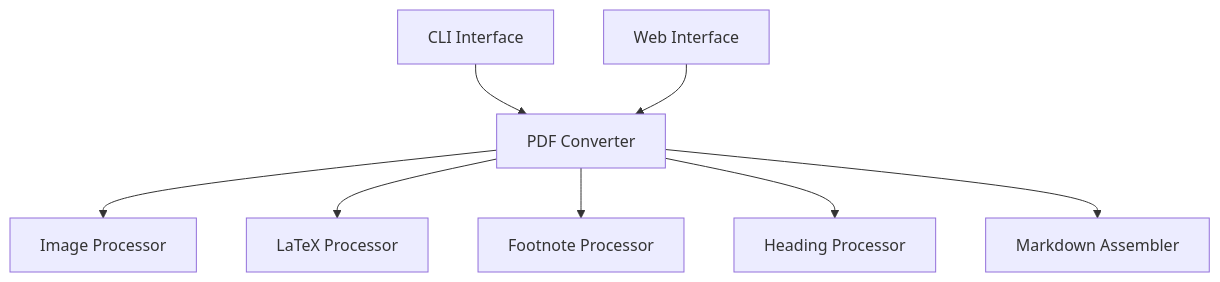
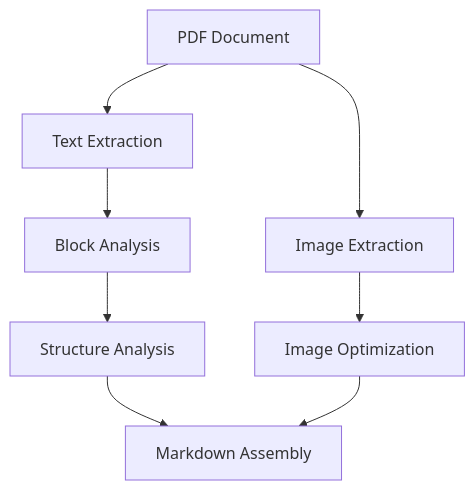
Before and after one commit to Shades-24/pdf2md-core: the first of 3 diagrams in memory-bank/systemPatterns.md, drawn with Mermaid. The commit also changed other lines of this file, not shown here.

Commit message:
Updated system patterns with improved image processing architecture

````diff
--- a/memory-bank/systemPatterns.md
+++ b/memory-bank/systemPatterns.md
@@ -13,10 +6,10 @@
-   ```mermaid
-   flowchart TD
-     CLI[CLI Interface] --> Converter[PDF Converter]
-     Web[Web Interface] --> Converter
-     Converter --> ImageProc[Image Processor]
-     Converter --> LatexProc[LaTeX Processor]
-     Converter --> FootnoteProc[Footnote Processor]
-     Converter --> HeadingProc[Heading Processor]
-     Converter --> MarkdownAssembler[Markdown Assembler]
-   ```
+```mermaid
+flowchart TD
+    PDF[PDF Document] --> Text[Text Extraction]
+    PDF --> Images[Image Extraction]
+    Text --> Blocks[Block Analysis]
+    Images --> Optimization[Image Optimization]
+    Blocks --> Structure[Structure Analysis]
+    Structure --> Assembly[Markdown Assembly]
+    Optimization --> Assembly
+```
````
